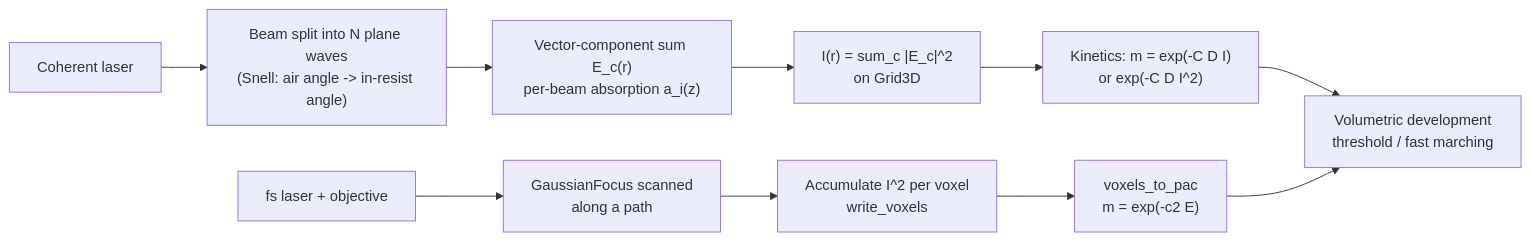
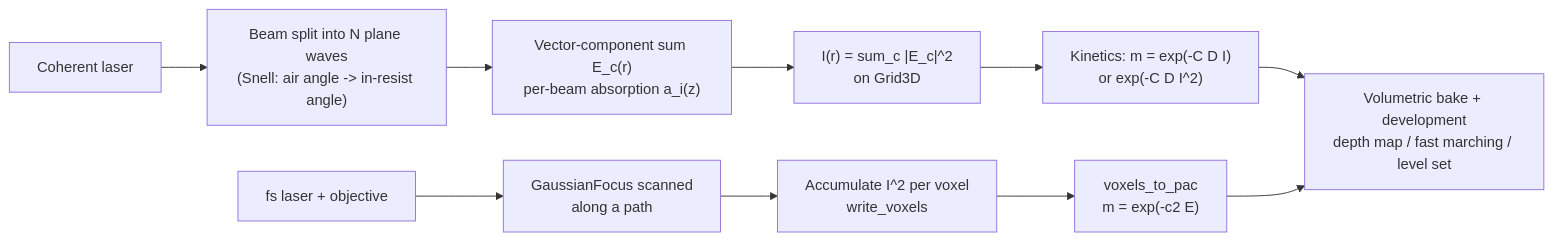
One commit to sonoransun/highuvlith changed the diagram in docs/processes/interference-volumetric.md. Above: the diagram before and after it, drawn with Mermaid. The commit also changed other lines of this file and 496 other files, not shown here.

````diff
--- a/docs/processes/interference-volumetric.md
+++ b/docs/processes/interference-volumetric.md
@@ -13,12 +13,12 @@
 ```mermaid
 flowchart LR
     A["Coherent laser"] --> B["Beam split into N plane waves<br/>(Snell: air angle -> in-resist angle)"]
     B --> C["Vector-component sum E_c(r)<br/>per-beam absorption a_i(z)"]
     C --> D["I(r) = sum_c |E_c|^2<br/>on Grid3D"]
     D --> E["Kinetics: m = exp(-C D I)<br/>or exp(-C D I^2)"]
     A2["fs laser + objective"] --> B2["GaussianFocus scanned<br/>along a path"]
     B2 --> C2["Accumulate I^2 per voxel<br/>write_voxels"]
     C2 --> E2["voxels_to_pac<br/>m = exp(-c2 E)"]
-    E --> F["Volumetric development<br/>threshold / fast marching"]
+    E --> F["Volumetric bake + development<br/>depth map / fast marching / level set"]
     E2 --> F
 ```
````
